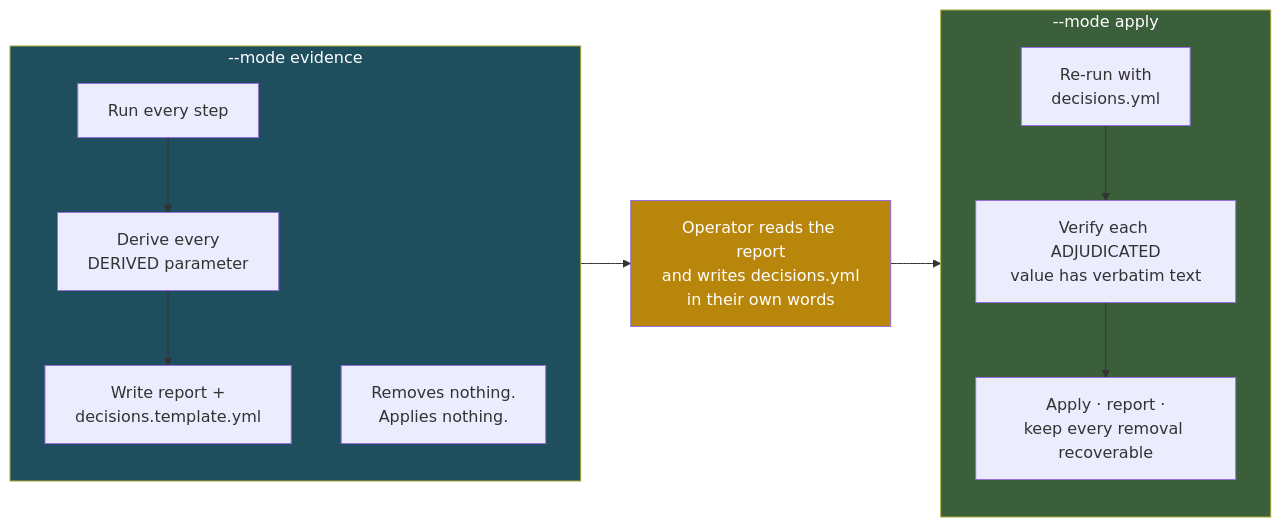
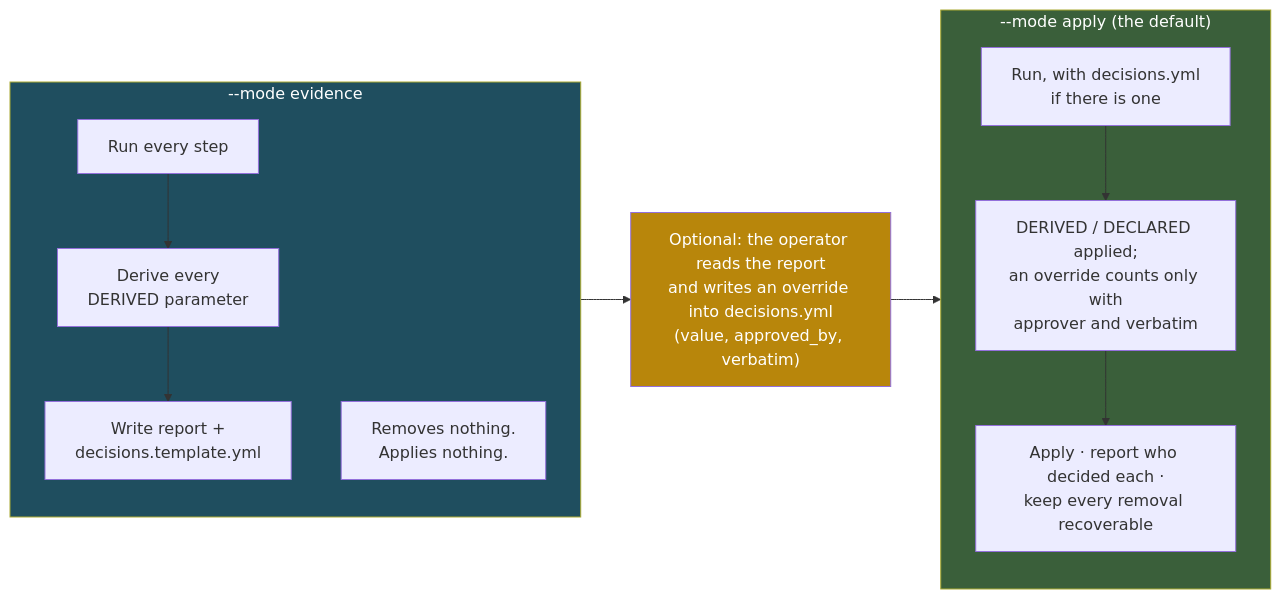
One commit to JiaenLin/scQC changed the second of 3 diagrams in docs/WORKFLOW.md. Above: the diagram before and after it, drawn with Mermaid. The commit also changed other lines of this file and 6 other files, not shown here.

First line of the commit message:
B1-047: the docs say what apply does - DERIVED/DECLARED applied, who decided recorded, decisions.yml optional

````diff
--- a/docs/WORKFLOW.md
+++ b/docs/WORKFLOW.md
@@ -192,19 +192,19 @@
 ```mermaid
 flowchart LR
     subgraph E["--mode evidence"]
         direction TB
         E1["Run every step"] --> E2["Derive every<br/>DERIVED parameter"]
         E2 --> E3["Write report +<br/>decisions.template.yml"]
         E4["Removes nothing.<br/>Applies nothing."]
     end
-    E3 --> H["Operator reads the report<br/>and writes decisions.yml<br/>in their own words"]
+    E3 --> H["Optional: the operator reads the report<br/>and writes an override into decisions.yml<br/>(value, approved_by, verbatim)"]
     H --> A
-    subgraph A["--mode apply"]
+    subgraph A["--mode apply (the default)"]
         direction TB
-        A1["Re-run with<br/>decisions.yml"] --> A2["Verify each ADJUDICATED<br/>value has verbatim text"]
-        A2 --> A3["Apply · report ·<br/>keep every removal recoverable"]
+        A1["Run, with decisions.yml<br/>if there is one"] --> A2["DERIVED / DECLARED applied;<br/>an override counts only with<br/>approver and verbatim"]
+        A2 --> A3["Apply · report who decided each ·<br/>keep every removal recoverable"]
     end
     style E fill:#1F4E5F,color:#fff
     style A fill:#3A5F3A,color:#fff
     style H fill:#B8860B,color:#fff
 ```
````
